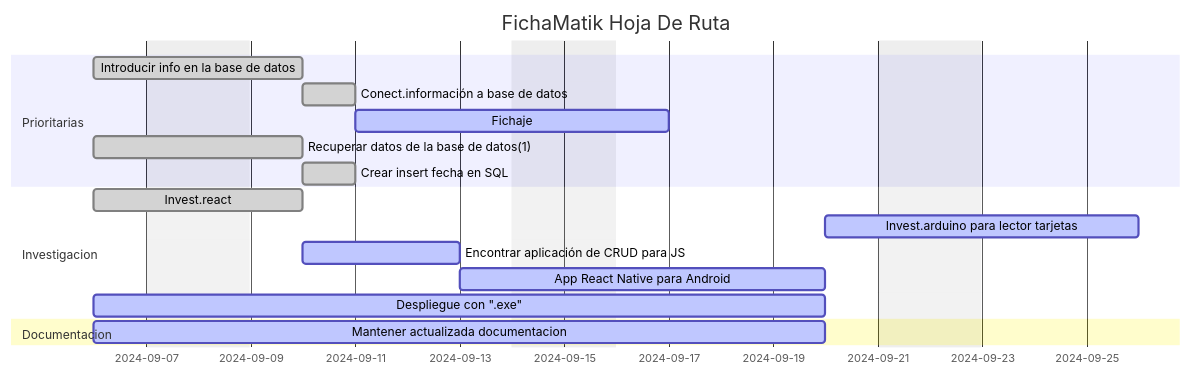
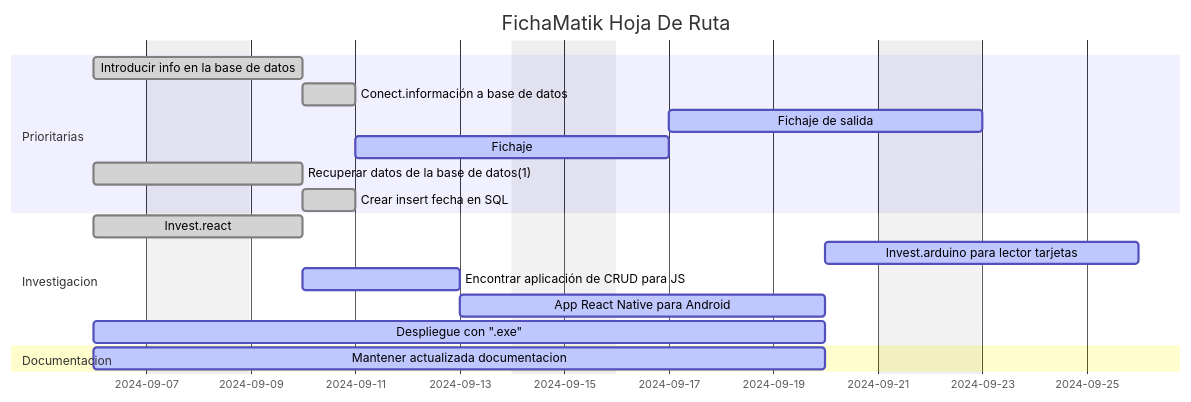
Before and after one commit to elMestreAcademy/fichaMatik: the diagram in hojaderuta.md, drawn with Mermaid.

Commit message:
Actualizacion 19/9

````diff
--- a/hojaderuta.md
+++ b/hojaderuta.md
@@ -5,24 +5,25 @@
 ```mermaid
 gantt
 
 dateFormat  YYYY-MM-DD
 title       FichaMatik Hoja De Ruta
 excludes    weekends
 
 section Prioritarias
 Introducir info en la base de datos         :done, a1,                  2024-09-06, 2024-09-10
 Conect.información a base de datos          :done, a2,                2024-09-10, 2024-09-11
+Fichaje de salida                           :active, after a3          2024-09-19, 2024-09-23
 Fichaje                                     :active, a3, after a2       2024-09-06, 2024-09-17
 Recuperar datos de la base de datos(1)      :done, a4,                  2024-09-06, 2024-09-10
 Crear insert fecha en SQL                   :done,                    2024-09-10, 2024-09-11
 
 section Investigacion
 Invest.react                                :done,                      2024-09-06, 2024-09-10
 Invest.arduino para lector tarjetas         :active, a8, after a7, 4d
 Encontrar aplicación de CRUD para JS        :active, a5,                2024-09-10, 2024-09-13
 App React Native para Android               :active, a6, after a5, 5d
 Despliegue con ".exe"                       :active, a7,                2024-09-06, 2024-09-20 
 
 section Documentacion
 Mantener actualizada documentacion          :active, a1,                2024-09-06, 2024-09-20
 ```
````
